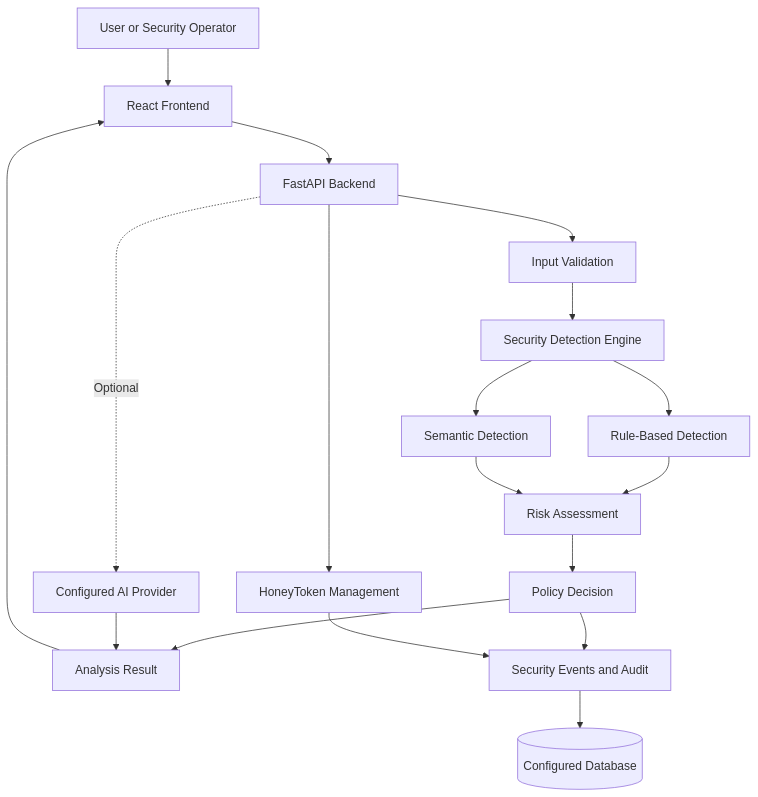
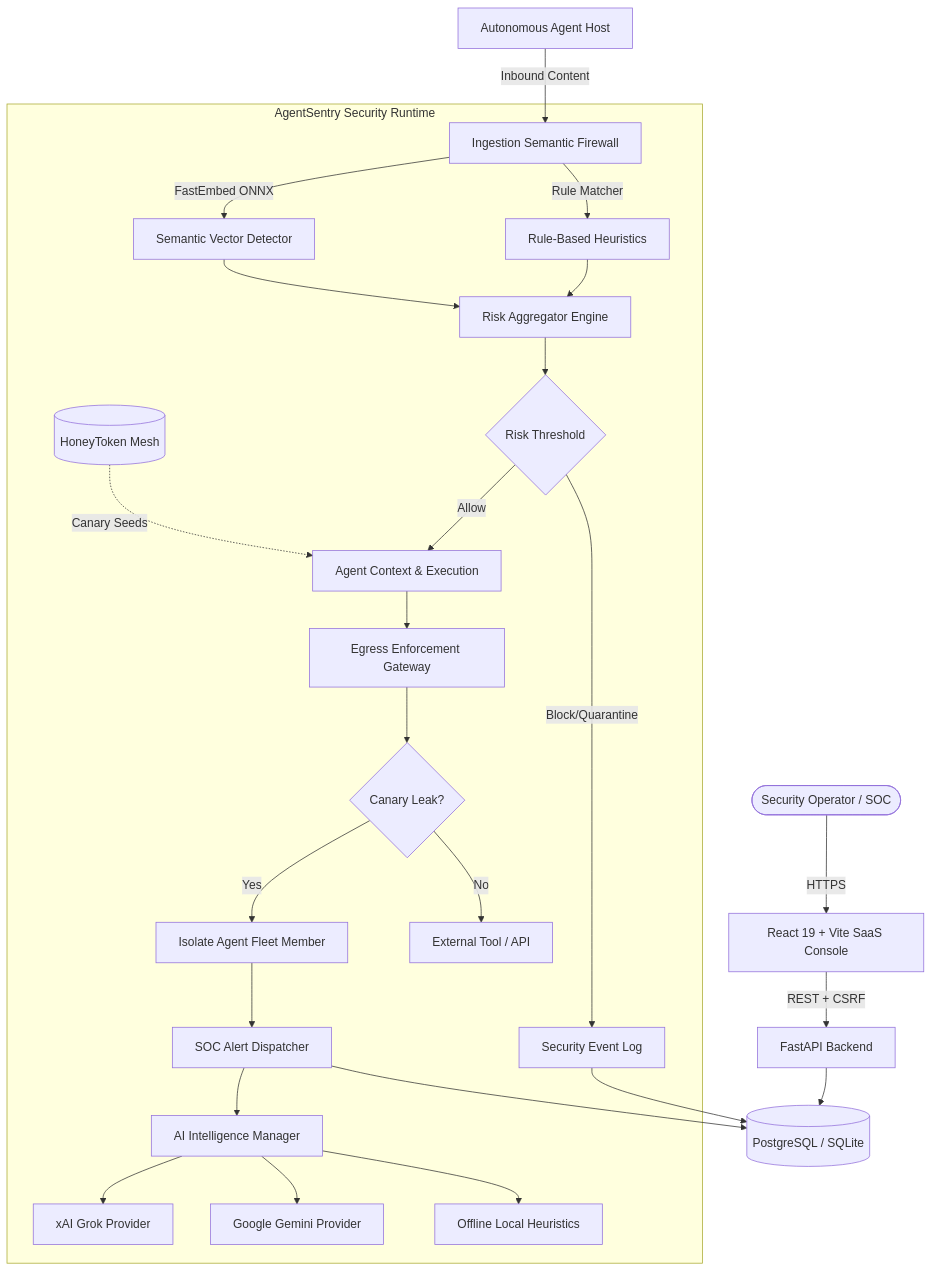
The diagram in README.md (dilipnetawat/AgentSentry), drawn with Mermaid before and after one commit. The commit also changed other lines of this file and 67 other files, not shown here.

Commit message:
Update AgentSentry security engine and UI

````diff
--- a/README.md
+++ b/README.md
@@ -183,20 +51,34 @@
 ```mermaid
-flowchart TD
-    U[User or Security Operator] --> FE[React Frontend]
-    FE --> API[FastAPI Backend]
-    API --> VAL[Input Validation]
-    VAL --> DET[Security Detection Engine]
-    DET --> RULE[Rule-Based Detection]
-    DET --> SEM[Semantic Detection]
-    RULE --> RISK[Risk Assessment]
-    SEM --> RISK
-    RISK --> POLICY[Policy Decision]
-    POLICY --> RESULT[Analysis Result]
-    POLICY --> EVENTS[Security Events and Audit]
-    EVENTS --> DB[(Configured Database)]
-    API --> HONEY[HoneyToken Management]
-    HONEY --> EVENTS
-    API -. Optional .-> AI[Configured AI Provider]
-    AI --> RESULT
-    RESULT --> FE
+graph TD
+    User([Security Operator / SOC]) -->|HTTPS| Frontend[React 19 + Vite SaaS Console]
+    AgentRunner[Autonomous Agent Host] -->|Inbound Content| Firewall[Ingestion Semantic Firewall]
+    
+    subgraph "AgentSentry Security Runtime"
+        Firewall -->|Rule Matcher| RuleEngine[Rule-Based Heuristics]
+        Firewall -->|FastEmbed ONNX| SemanticEngine[Semantic Vector Detector]
+        RuleEngine --> Aggregator[Risk Aggregator Engine]
+        SemanticEngine --> Aggregator
+
+        Aggregator --> Decision{Risk Threshold}
+        Decision -->|Allow| AgentExecution[Agent Context & Execution]
+        Decision -->|Block/Quarantine| SecEvent[Security Event Log]
+
+        AgentExecution --> EgressGate[Egress Enforcement Gateway]
+        DecoyMesh[(HoneyToken Mesh)] -.->|Canary Seeds| AgentExecution
+
+        EgressGate --> CanaryCheck{Canary Leak?}
+        CanaryCheck -->|Yes| AutoIsolate[Isolate Agent Fleet Member]
+        AutoIsolate --> AlertSystem[SOC Alert Dispatcher]
+        CanaryCheck -->|No| Destination[External Tool / API]
+
+        AlertSystem --> AIOrchestrator[AI Intelligence Manager]
+        AIOrchestrator --> Grok[xAI Grok Provider]
+        AIOrchestrator --> Gemini[Google Gemini Provider]
+        AIOrchestrator --> Local[Offline Local Heuristics]
+    end
+
+    Frontend -->|REST + CSRF| FastAPIServer[FastAPI Backend]
+    FastAPIServer --> Database[(PostgreSQL / SQLite)]
+    SecEvent --> Database
+    AlertSystem --> Database
 ```
````
